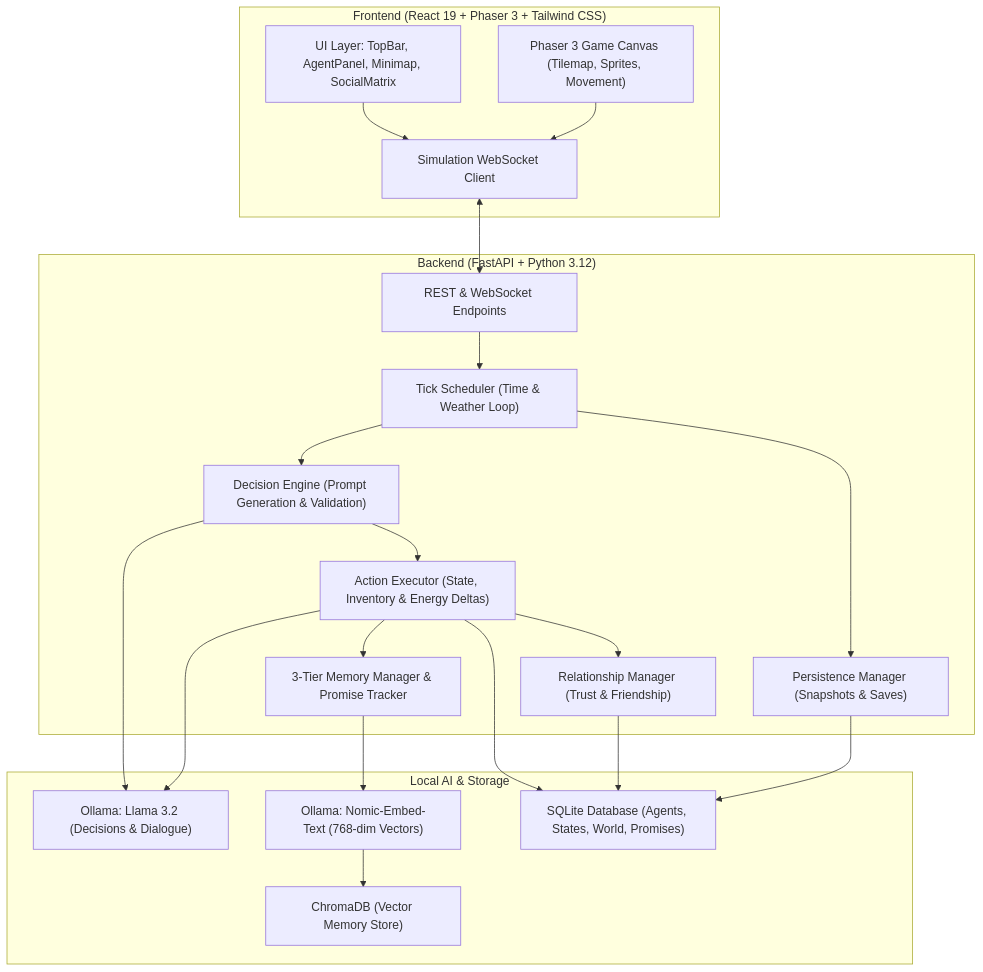
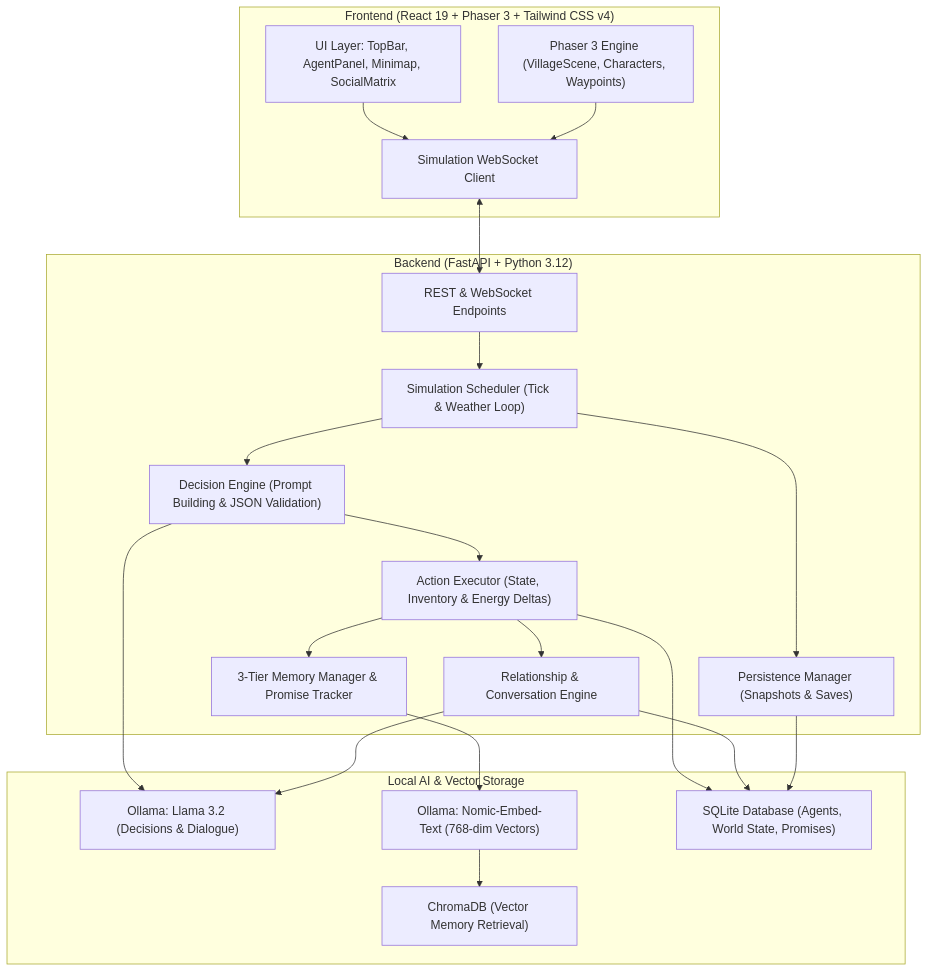
Before and after one commit to Muneeb-Ansari-28/AI-Society: the diagram in README.md, drawn with Mermaid. The commit also changed other lines of this file and 6 other files, not shown here.

Commit message:
docs: polish README with live product screenshots, architecture visuals, and gameplay showcases

````diff
--- a/README.md
+++ b/README.md
@@ -162,44 +150,44 @@
 ```mermaid
 flowchart TD
-    subgraph Frontend["Frontend (React 19 + Phaser 3 + Tailwind CSS)"]
+    subgraph Frontend["Frontend (React 19 + Phaser 3 + Tailwind CSS v4)"]
         UI["UI Layer: TopBar, AgentPanel, Minimap, SocialMatrix"]
-        Phaser["Phaser 3 Game Canvas (Tilemap, Sprites, Movement)"]
+        Phaser["Phaser 3 Engine (VillageScene, Characters, Waypoints)"]
         WSClient["Simulation WebSocket Client"]
         UI --> WSClient
         Phaser --> WSClient
     end
 
     subgraph Backend["Backend (FastAPI + Python 3.12)"]
         API["REST & WebSocket Endpoints"]
-        Scheduler["Tick Scheduler (Time & Weather Loop)"]
-        Decisions["Decision Engine (Prompt Generation & Validation)"]
+        Scheduler["Simulation Scheduler (Tick & Weather Loop)"]
+        Decisions["Decision Engine (Prompt Building & JSON Validation)"]
         Actions["Action Executor (State, Inventory & Energy Deltas)"]
-        Social["Relationship Manager (Trust & Friendship)"]
+        Social["Relationship & Conversation Engine"]
         Memory["3-Tier Memory Manager & Promise Tracker"]
         Persistence["Persistence Manager (Snapshots & Saves)"]
 
         API --> Scheduler
         Scheduler --> Decisions
         Decisions --> Actions
         Actions --> Social
         Actions --> Memory
         Scheduler --> Persistence
     end
 
-    subgraph Intelligence["Local AI & Storage"]
+    subgraph Intelligence["Local AI & Vector Storage"]
         Ollama["Ollama: Llama 3.2 (Decisions & Dialogue)"]
         Embedder["Ollama: Nomic-Embed-Text (768-dim Vectors)"]
-        Chroma["ChromaDB (Vector Memory Store)"]
-        SQLite["SQLite Database (Agents, States, World, Promises)"]
+        Chroma["ChromaDB (Vector Memory Retrieval)"]
+        SQLite["SQLite Database (Agents, World State, Promises)"]
 
         Decisions --> Ollama
-        Actions --> Ollama
+        Social --> Ollama
         Memory --> Embedder
         Embedder --> Chroma
         Actions --> SQLite
         Social --> SQLite
         Persistence --> SQLite
     end
 
     WSClient <--> API
 ```
````
